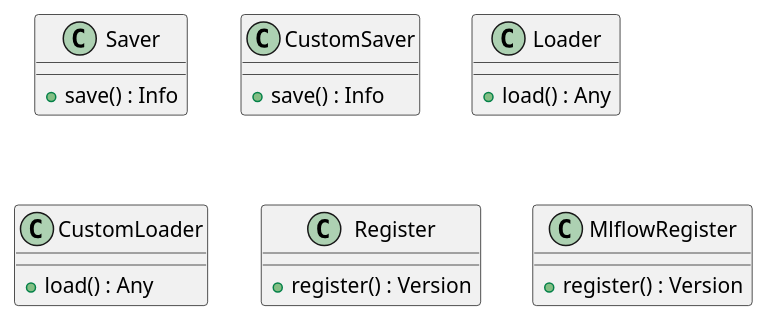
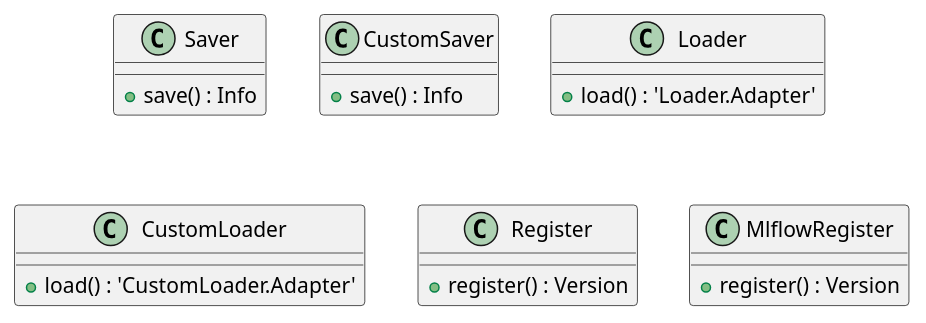
The first of 6 diagrams in openwiki/modules/src/autogen_team/registry/adapters/mlflow_adapter.md (lgcorzo/llmops-python-package), drawn with PlantUML before and after one commit. The commit also changed other lines of this file and 155 other files, not shown here.

````diff
--- a/openwiki/modules/src/autogen_team/registry/adapters/mlflow_adapter.md
+++ b/openwiki/modules/src/autogen_team/registry/adapters/mlflow_adapter.md
@@ -74,22 +83,22 @@
 ```plantuml
 @startuml
     class Saver {
         +save() : Info
     }
     class CustomSaver {
         +save() : Info
     }
     class Loader {
-        +load() : Any
+        +load() : 'Loader.Adapter'
     }
     class CustomLoader {
-        +load() : Any
+        +load() : 'CustomLoader.Adapter'
     }
     class Register {
         +register() : Version
     }
     class MlflowRegister {
         +register() : Version
     }
 @enduml
 ```
````
